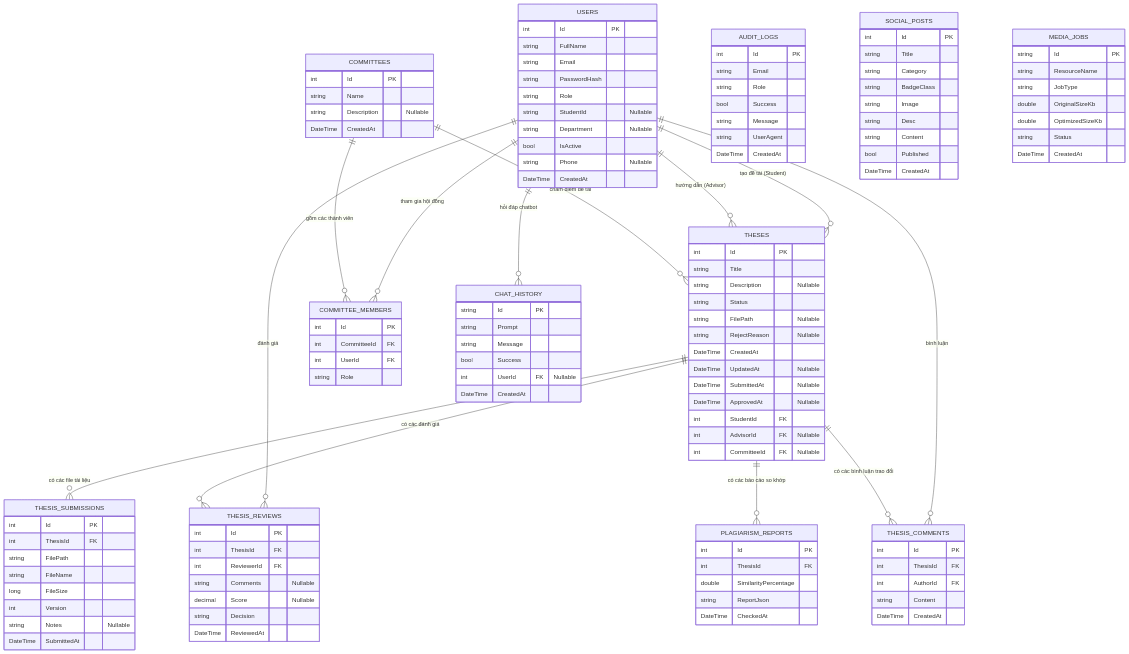
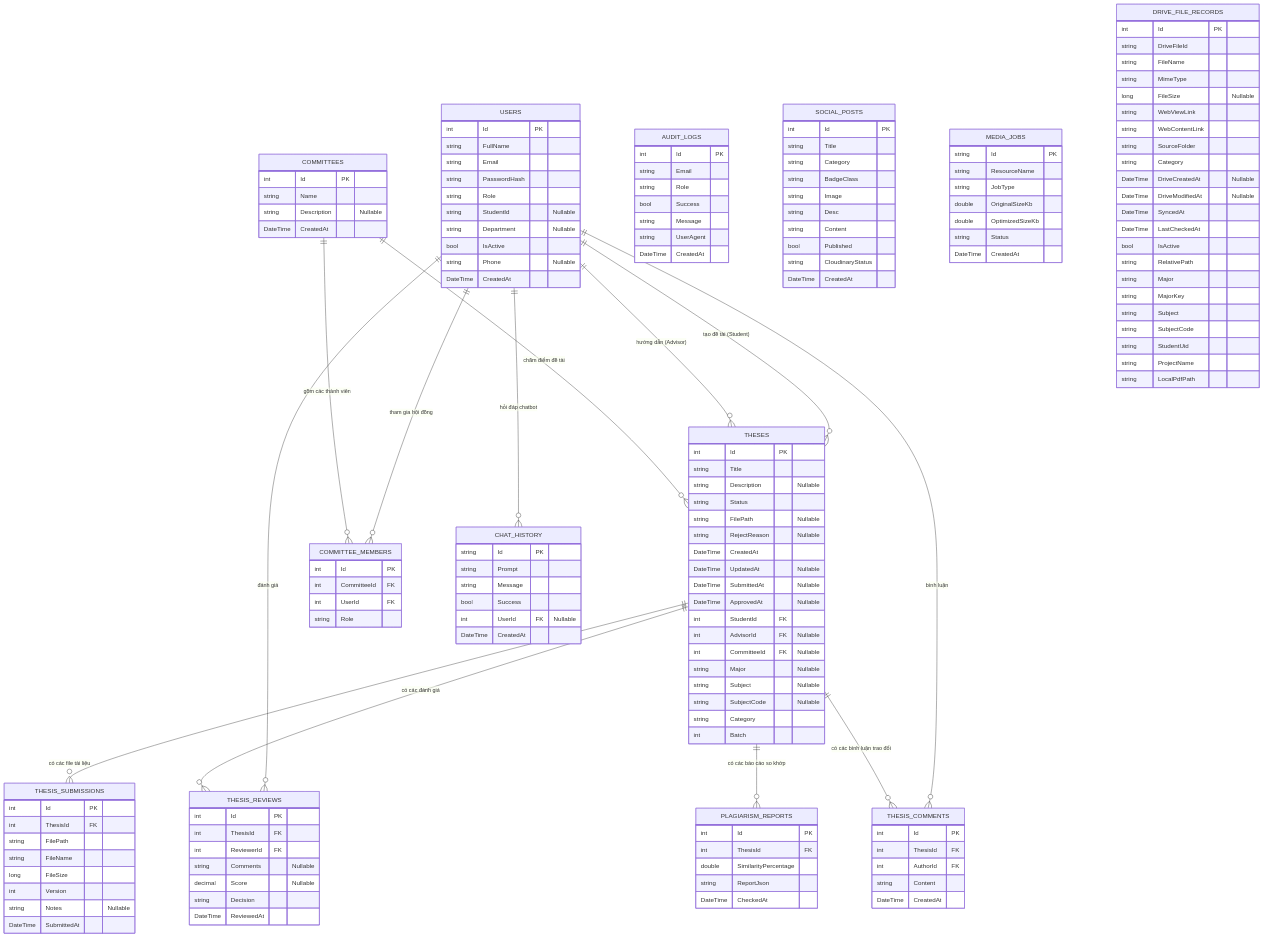
The first of 3 diagrams in README.md (phucnguyen2716/Thesis-Management), drawn with Mermaid before and after one commit. The commit also changed other lines of this file and 22 other files, not shown here.

Commit message:
docs: update ERD in README.md & finalize system updates

```diff
--- a/README.md
+++ b/README.md
@@ -453,6 +453,11 @@
         int StudentId FK
         int AdvisorId FK "Nullable"
         int CommitteeId FK "Nullable"
+        string Major "Nullable"
+        string Subject "Nullable"
+        string SubjectCode "Nullable"
+        string Category
+        int Batch
     }
     THESIS_SUBMISSIONS {
         int Id PK
@@ -518,6 +523,7 @@
         string Desc
         string Content
         bool Published
+        string CloudinaryStatus
         DateTime CreatedAt
     }
     MEDIA_JOBS {
@@ -536,6 +542,30 @@
         string ReportJson
         DateTime CheckedAt
     }
+    DRIVE_FILE_RECORDS {
+        int Id PK
+        string DriveFileId
+        string FileName
+        string MimeType
+        long FileSize "Nullable"
+        string WebViewLink
+        string WebContentLink
+        string SourceFolder
+        string Category
+        DateTime DriveCreatedAt "Nullable"
+        DateTime DriveModifiedAt "Nullable"
+        DateTime SyncedAt
+        DateTime LastCheckedAt
+        bool IsActive
+        string RelativePath
+        string Major
+        string MajorKey
+        string Subject
+        string SubjectCode
+        string StudentUid
+        string ProjectName
+        string LocalPdfPath
+    }
 
     USERS ||--o{ THESES : "tạo đề tài (Student)"
     USERS ||--o{ THESES : "hướng dẫn (Advisor)"
```
